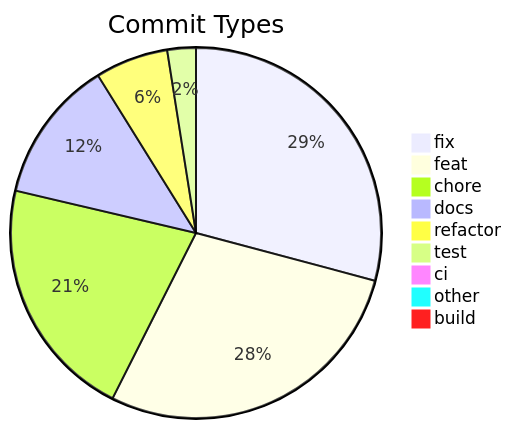
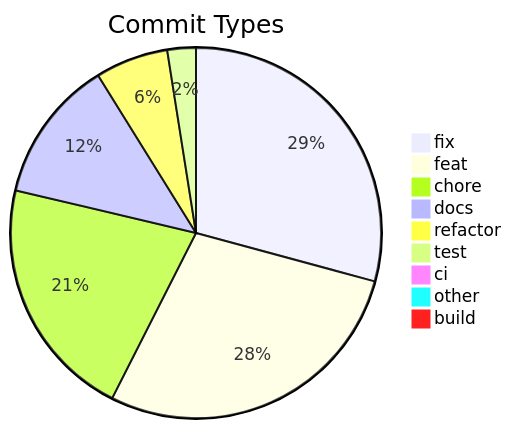
Before and after one commit to svenroth-ai/shipwright: the diagram in .shipwright/compliance/change-history.md, drawn with Mermaid. The commit also changed other lines of this file and 24 other files, not shown here.

````diff
--- a/.shipwright/compliance/change-history.md
+++ b/.shipwright/compliance/change-history.md
@@ -8,12 +8,12 @@
 ```mermaid
 pie title Commit Types
-    "fix" : 339
+    "fix" : 340
     "feat" : 329
     "chore" : 247
     "docs" : 145
     "refactor" : 74
     "test" : 29
     "ci" : 11
     "other" : 9
     "build" : 1
 ```
````
